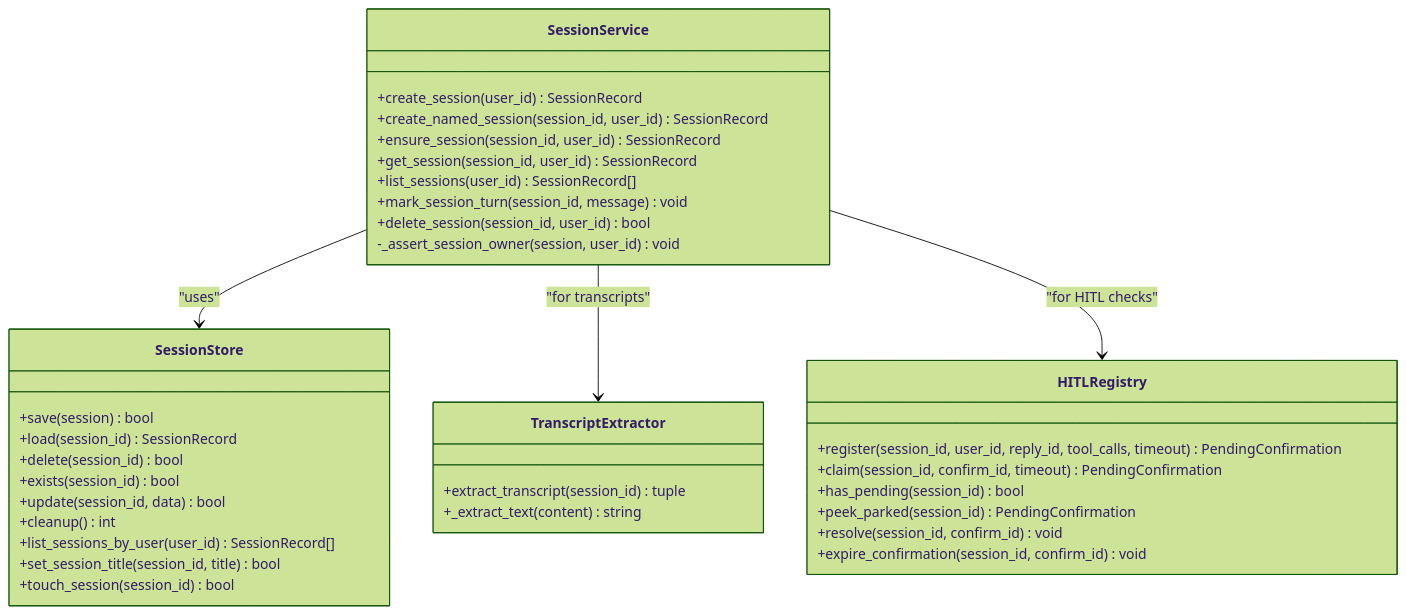
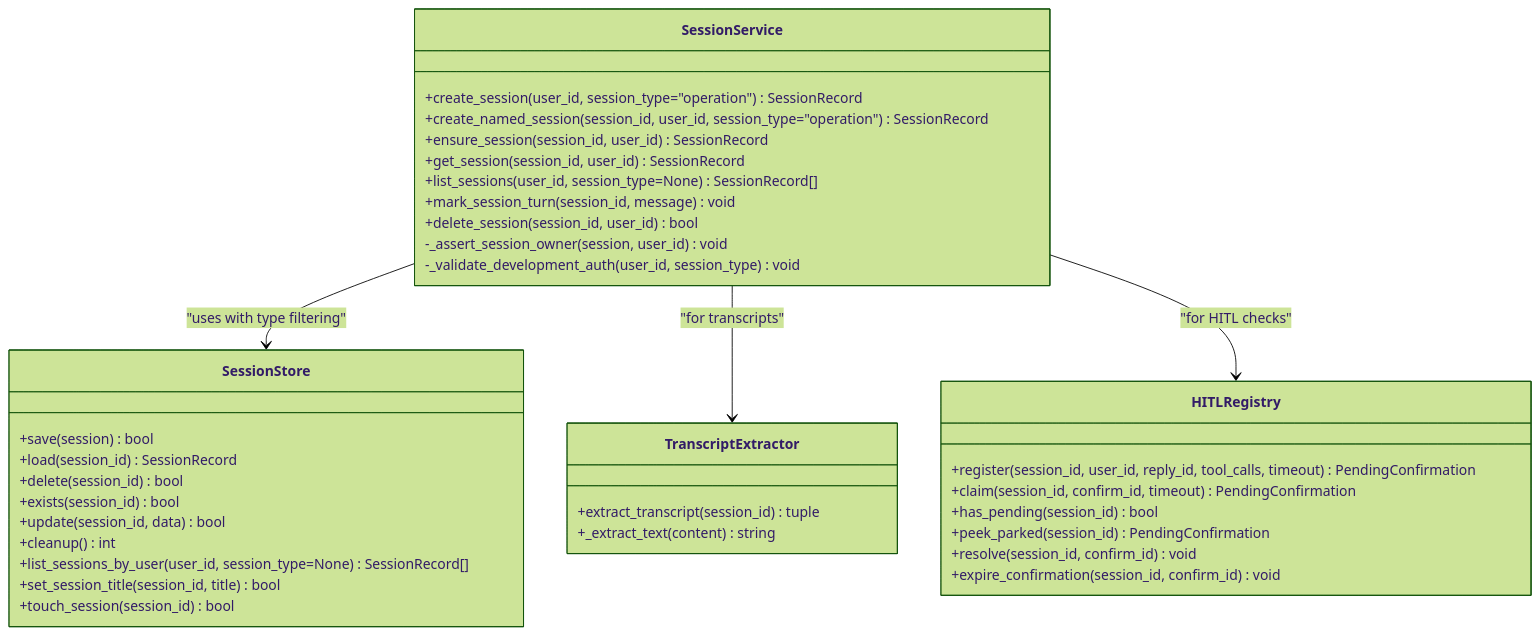
One commit to metasync/luban-aiops changed the third of 10 diagrams in .qoder/repowiki/en/content/API Reference/Agent Platform API/Session Management API.md. Above: the diagram before and after it, drawn with Mermaid (forest theme). The commit also changed other lines of this file and 6 other files, not shown here.

````diff
--- a/.qoder/repowiki/en/content/API Reference/Agent Platform API/Session Management API.md
+++ b/.qoder/repowiki/en/content/API Reference/Agent Platform API/Session Management API.md
@@ -156,39 +166,40 @@
 ```mermaid
 classDiagram
 class SessionService {
-+create_session(user_id) SessionRecord
-+create_named_session(session_id, user_id) SessionRecord
++create_session(user_id, session_type="operation") SessionRecord
++create_named_session(session_id, user_id, session_type="operation") SessionRecord
 +ensure_session(session_id, user_id) SessionRecord
 +get_session(session_id, user_id) SessionRecord
-+list_sessions(user_id) SessionRecord[]
++list_sessions(user_id, session_type=None) SessionRecord[]
 +mark_session_turn(session_id, message) void
 +delete_session(session_id, user_id) bool
 -_assert_session_owner(session, user_id) void
+-_validate_development_auth(user_id, session_type) void
 }
 class SessionStore {
 +save(session) bool
 +load(session_id) SessionRecord
 +delete(session_id) bool
 +exists(session_id) bool
 +update(session_id, data) bool
 +cleanup() int
-+list_sessions_by_user(user_id) SessionRecord[]
++list_sessions_by_user(user_id, session_type=None) SessionRecord[]
 +set_session_title(session_id, title) bool
 +touch_session(session_id) bool
 }
 class TranscriptExtractor {
 +extract_transcript(session_id) tuple
 +_extract_text(content) string
 }
 class HITLRegistry {
 +register(session_id, user_id, reply_id, tool_calls, timeout) PendingConfirmation
 +claim(session_id, confirm_id, timeout) PendingConfirmation
 +has_pending(session_id) bool
 +peek_parked(session_id) PendingConfirmation
 +resolve(session_id, confirm_id) void
 +expire_confirmation(session_id, confirm_id) void
 }
-SessionService --> SessionStore : "uses"
+SessionService --> SessionStore : "uses with type filtering"
 SessionService --> TranscriptExtractor : "for transcripts"
 SessionService --> HITLRegistry : "for HITL checks"
 ```
````
